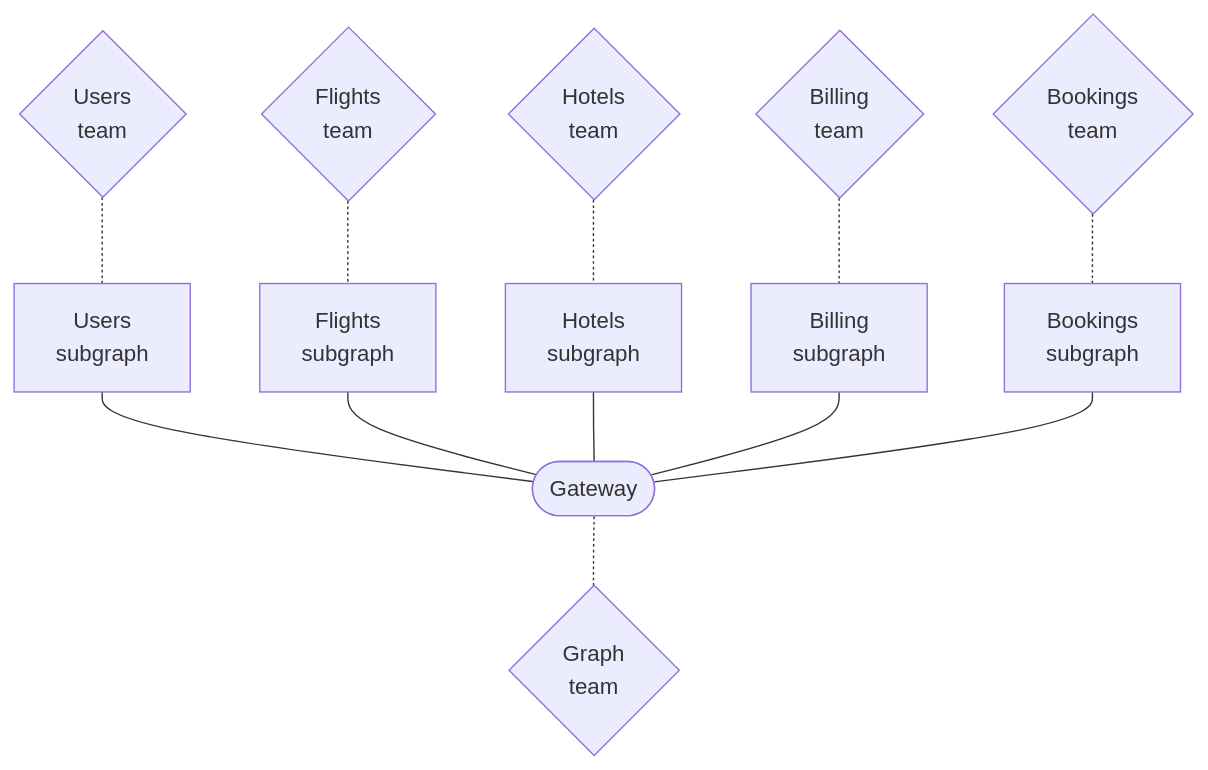
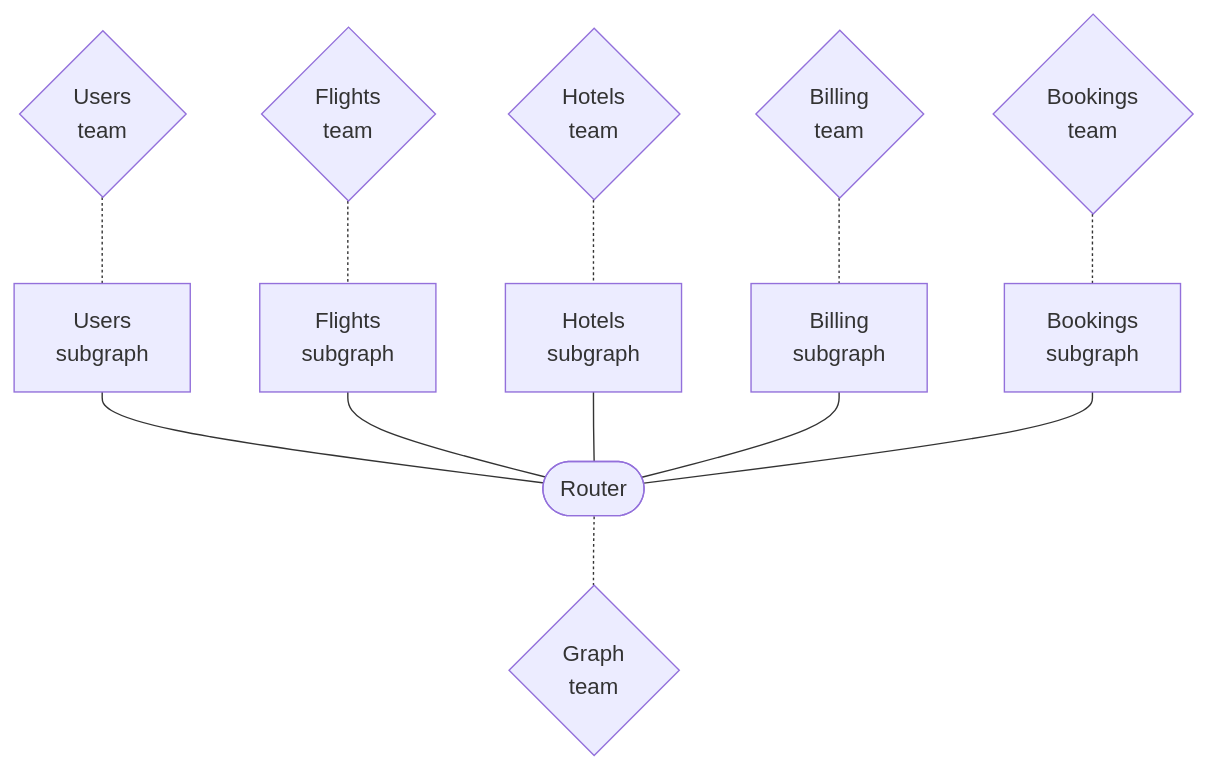
One commit to apollographql/federation changed the seventh of 8 diagrams in docs/source/index.mdx. Above: the diagram before and after it, drawn with Mermaid. The commit also changed other lines of this file and 8 other files, not shown here.

Commit message:
Migrate language from gateway to router, fix broken links

````diff
--- a/docs/source/index.mdx
+++ b/docs/source/index.mdx
@@ -204,23 +204,23 @@
 ```mermaid
 graph TB;
   teamA{Users<br/>team};
   teamB{Flights<br/>team};
   teamC{Hotels<br/>team};
   teamD{Billing<br/>team};
   teamE{Bookings<br/>team};
   serviceA[Users<br/>subgraph];
   serviceB[Flights<br/>subgraph];
   serviceC[Hotels<br/>subgraph];
   serviceD[Billing<br/>subgraph];
   serviceE[Bookings<br/>subgraph];
   teamA -.- serviceA;
   teamB -.- serviceB;
   teamC -.- serviceC;
   teamD -.- serviceD;
   teamE -.- serviceE;
-  gateway([Gateway]);
+  gateway([Router]);
   serviceA & serviceB & serviceC & serviceD & serviceE --- gateway;
   maintainers{Graph<br/>team};
   gateway -.- maintainers;
   class teamA,teamB,teamC,teamD,teamE,maintainers tertiary;
 ```
````
